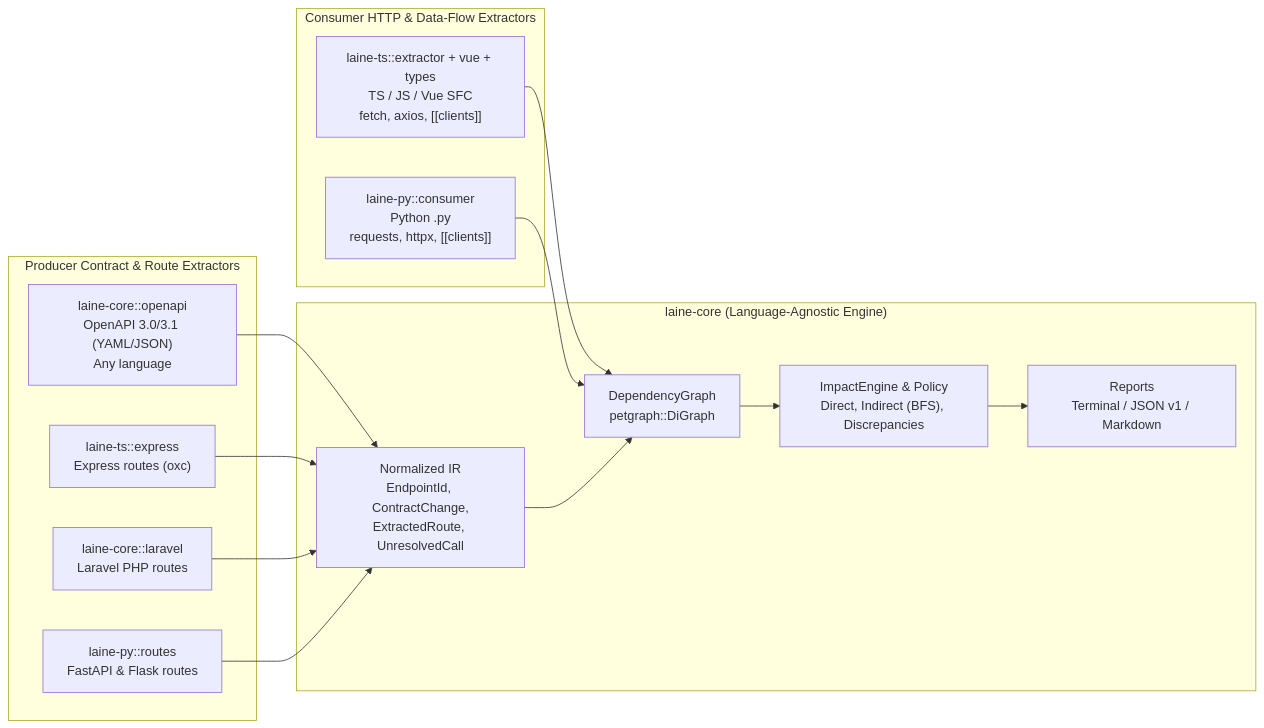
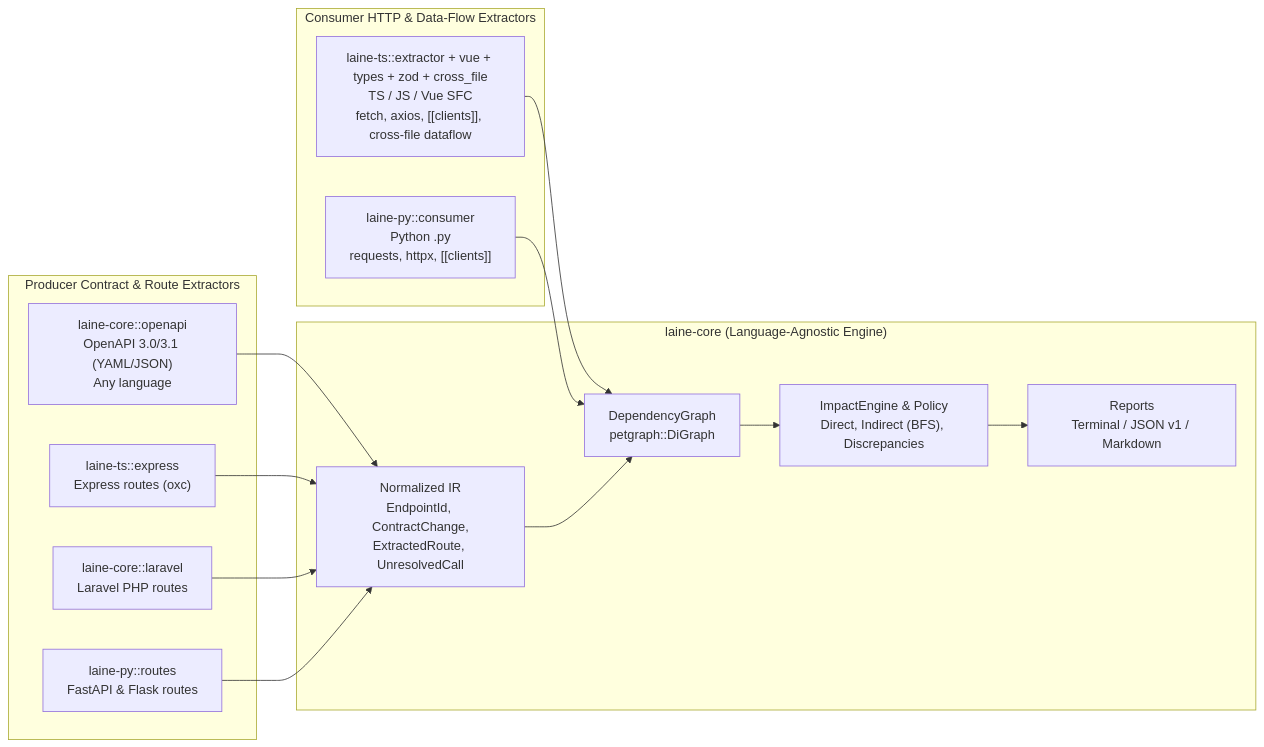
The diagram in docs/adr/003-multi-language-architecture.md (Klowsx/impact-analizer), drawn with Mermaid before and after one commit. The commit also changed other lines of this file and 9 other files, not shown here.

Commit message:
feat(ts): add in-memory module resolver and summary-based cross-file dataflow (#16)

````diff
--- a/docs/adr/003-multi-language-architecture.md
+++ b/docs/adr/003-multi-language-architecture.md
@@ -18,31 +18,31 @@
 ```mermaid
 flowchart LR
     subgraph Producers["Producer Contract & Route Extractors"]
         OAS["laine-core::openapi\nOpenAPI 3.0/3.1 (YAML/JSON)\nAny language"]
         EXP["laine-ts::express\nExpress routes (oxc)"]
         LAR["laine-core::laravel\nLaravel PHP routes"]
         PYP["laine-py::routes\nFastAPI & Flask routes"]
     end
 
     subgraph Consumers["Consumer HTTP & Data-Flow Extractors"]
-        TSC["laine-ts::extractor + vue + types\nTS / JS / Vue SFC\nfetch, axios, [[clients]]"]
+        TSC["laine-ts::extractor + vue + types + zod + cross_file\nTS / JS / Vue SFC\nfetch, axios, [[clients]], cross-file dataflow"]
         PYC["laine-py::consumer\nPython .py\nrequests, httpx, [[clients]]"]
     end
 
     subgraph Core["laine-core (Language-Agnostic Engine)"]
         IR["Normalized IR\nEndpointId, ContractChange,\nExtractedRoute, UnresolvedCall"]
         GRAPH["DependencyGraph\npetgraph::DiGraph"]
         IMPACT["ImpactEngine & Policy\nDirect, Indirect (BFS), Discrepancies"]
         REPORT["Reports\nTerminal / JSON v1 / Markdown"]
     end
 
     OAS --> IR
     EXP --> IR
     LAR --> IR
     PYP --> IR
     TSC --> GRAPH
     PYC --> GRAPH
     IR --> GRAPH
     GRAPH --> IMPACT
     IMPACT --> REPORT
 ```
````
